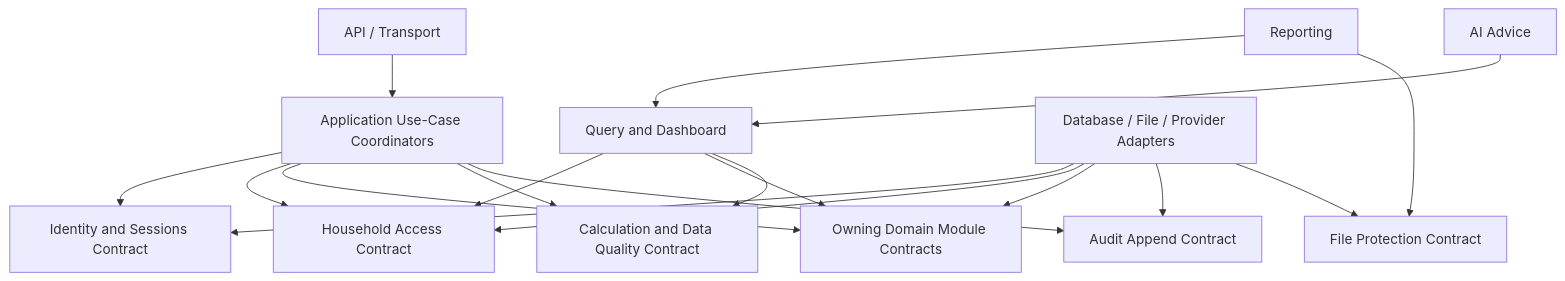
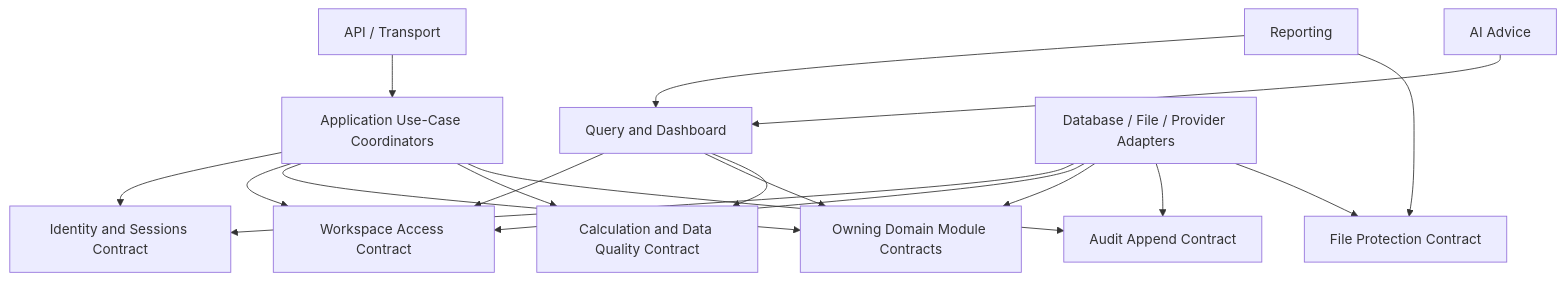
One commit to saiteinthine1020-source/F2S changed the fourth of 5 diagrams in docs/07_System_Architecture.md. Above: the diagram before and after it, drawn with Mermaid. The commit also changed other lines of this file and 36 other files, not shown here.

````diff
--- a/docs/07_System_Architecture.md
+++ b/docs/07_System_Architecture.md
@@ -181,22 +184,22 @@
 ```mermaid
 flowchart TD
     API["API / Transport"] --> COORD["Application Use-Case Coordinators"]
     COORD --> ID["Identity and Sessions Contract"]
-    COORD --> ACCESS["Household Access Contract"]
+    COORD --> ACCESS["Workspace Access Contract"]
     COORD --> CORE["Owning Domain Module Contracts"]
     COORD --> CALC["Calculation and Data Quality Contract"]
     COORD --> AUDIT["Audit Append Contract"]
 
     QUERY["Query and Dashboard"] --> ACCESS
     QUERY --> CORE
     QUERY --> CALC
     REPORT["Reporting"] --> QUERY
     AI["AI Advice"] --> QUERY
     REPORT --> FILES["File Protection Contract"]
 
     ADAPTERS["Database / File / Provider Adapters"] --> ID
     ADAPTERS --> ACCESS
     ADAPTERS --> CORE
     ADAPTERS --> AUDIT
     ADAPTERS --> FILES
 ```
````
